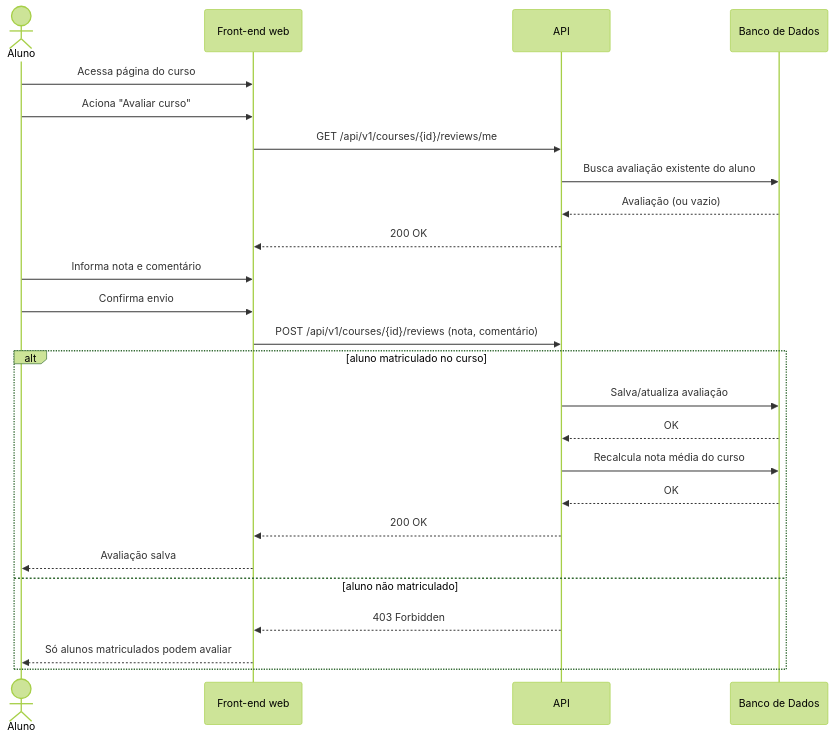
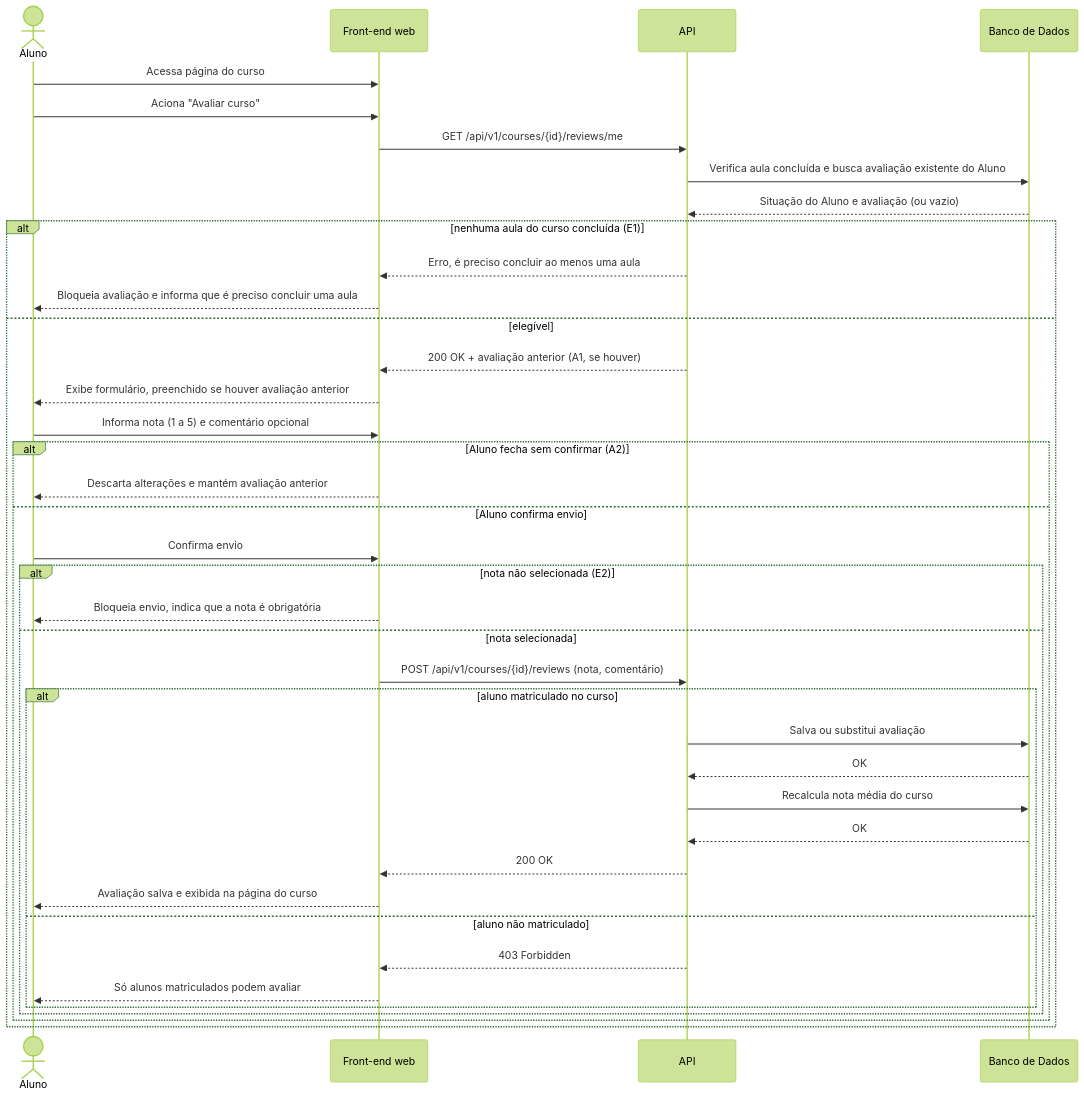
Before and after one commit to Plataforma-de-Cursos-TCC/plataforma-cursos-docs: the diagram in docs/ssd/UC010-avaliar-curso.md, drawn with Mermaid (forest theme). The commit also changed other lines of this file and 17 other files, not shown here.

````diff
--- a/docs/ssd/UC010-avaliar-curso.md
+++ b/docs/ssd/UC010-avaliar-curso.md
@@ -5,28 +5,42 @@
 ```mermaid
 sequenceDiagram
     actor Aluno
     participant FE as Front-end web
     participant API
     participant DB as Banco de Dados
 
     Aluno->>FE: Acessa página do curso
     Aluno->>FE: Aciona "Avaliar curso"
     FE->>API: GET /api/v1/courses/{id}/reviews/me
-    API->>DB: Busca avaliação existente do aluno
-    DB-->>API: Avaliação (ou vazio)
-    API-->>FE: 200 OK
-    Aluno->>FE: Informa nota e comentário
-    Aluno->>FE: Confirma envio
-    FE->>API: POST /api/v1/courses/{id}/reviews (nota, comentário)
-    alt aluno matriculado no curso
-        API->>DB: Salva/atualiza avaliação
-        DB-->>API: OK
-        API->>DB: Recalcula nota média do curso
-        DB-->>API: OK
-        API-->>FE: 200 OK
-        FE-->>Aluno: Avaliação salva
-    else aluno não matriculado
-        API-->>FE: 403 Forbidden
-        FE-->>Aluno: Só alunos matriculados podem avaliar
+    API->>DB: Verifica aula concluída e busca avaliação existente do Aluno
+    DB-->>API: Situação do Aluno e avaliação (ou vazio)
+    alt nenhuma aula do curso concluída (E1)
+        API-->>FE: Erro, é preciso concluir ao menos uma aula
+        FE-->>Aluno: Bloqueia avaliação e informa que é preciso concluir uma aula
+    else elegível
+        API-->>FE: 200 OK + avaliação anterior (A1, se houver)
+        FE-->>Aluno: Exibe formulário, preenchido se houver avaliação anterior
+        Aluno->>FE: Informa nota (1 a 5) e comentário opcional
+        alt Aluno fecha sem confirmar (A2)
+            FE-->>Aluno: Descarta alterações e mantém avaliação anterior
+        else Aluno confirma envio
+            Aluno->>FE: Confirma envio
+            alt nota não selecionada (E2)
+                FE-->>Aluno: Bloqueia envio, indica que a nota é obrigatória
+            else nota selecionada
+                FE->>API: POST /api/v1/courses/{id}/reviews (nota, comentário)
+                alt aluno matriculado no curso
+                    API->>DB: Salva ou substitui avaliação
+                    DB-->>API: OK
+                    API->>DB: Recalcula nota média do curso
+                    DB-->>API: OK
+                    API-->>FE: 200 OK
+                    FE-->>Aluno: Avaliação salva e exibida na página do curso
+                else aluno não matriculado
+                    API-->>FE: 403 Forbidden
+                    FE-->>Aluno: Só alunos matriculados podem avaliar
+                end
+            end
+        end
     end
 ```
````
